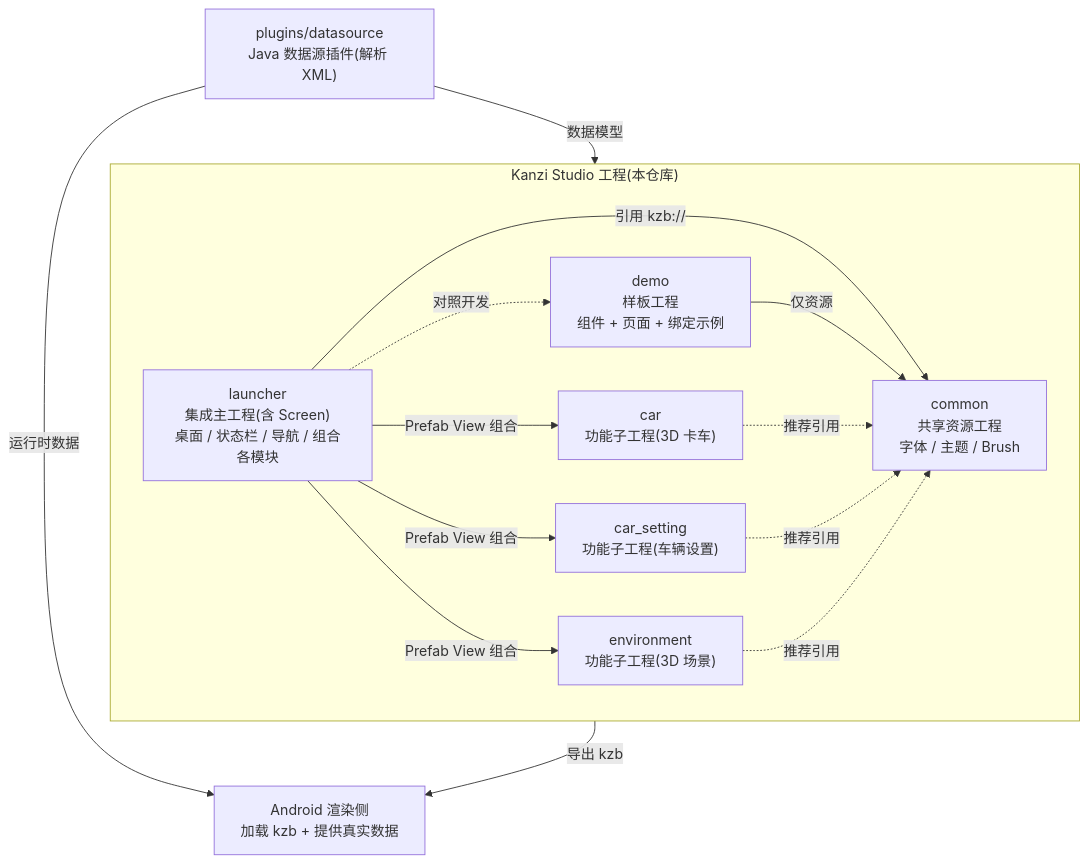
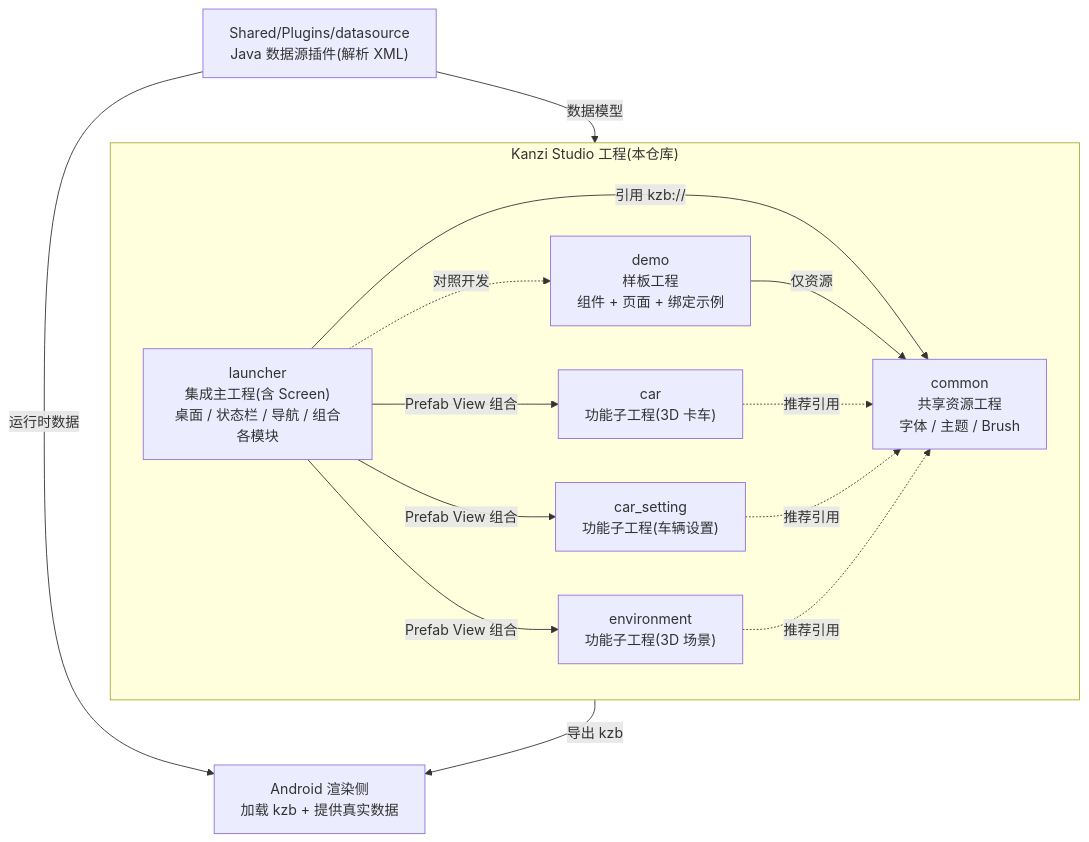
One commit to ganlong-2016/kanzi_project changed the diagram in README.md. Above: the diagram before and after it, drawn with Mermaid. The commit also changed other lines of this file and 35 other files, not shown here.

````diff
--- a/README.md
+++ b/README.md
@@ -11,28 +11,28 @@
 ```mermaid
 flowchart TB
     subgraph Studio["Kanzi Studio 工程(本仓库)"]
         common["common<br/>共享资源工程<br/>字体 / 主题 / Brush"]
         demo["demo<br/>样板工程<br/>组件 + 页面 + 绑定示例"]
         launcher["launcher<br/>集成主工程(含 Screen)<br/>桌面 / 状态栏 / 导航 / 组合各模块"]
         car["car<br/>功能子工程(3D 卡车)"]
         car_setting["car_setting<br/>功能子工程(车辆设置)"]
         environment["environment<br/>功能子工程(3D 场景)"]
 
         launcher -->|引用 kzb://| common
         demo -->|仅资源| common
         launcher -->|Prefab View 组合| car
         launcher -.对照开发.-> demo
         launcher -->|Prefab View 组合| car_setting
         launcher -->|Prefab View 组合| environment
         car -.推荐引用.-> common
         car_setting -.推荐引用.-> common
         environment -.推荐引用.-> common
     end
 
-    plugin["plugins/datasource<br/>Java 数据源插件(解析 XML)"]
+    plugin["Shared/Plugins/datasource<br/>Java 数据源插件(解析 XML)"]
     android["Android 渲染侧<br/>加载 kzb + 提供真实数据"]
 
     plugin -->|数据模型| Studio
     Studio -->|导出 kzb| android
     plugin -->|运行时数据| android
 ```
````
